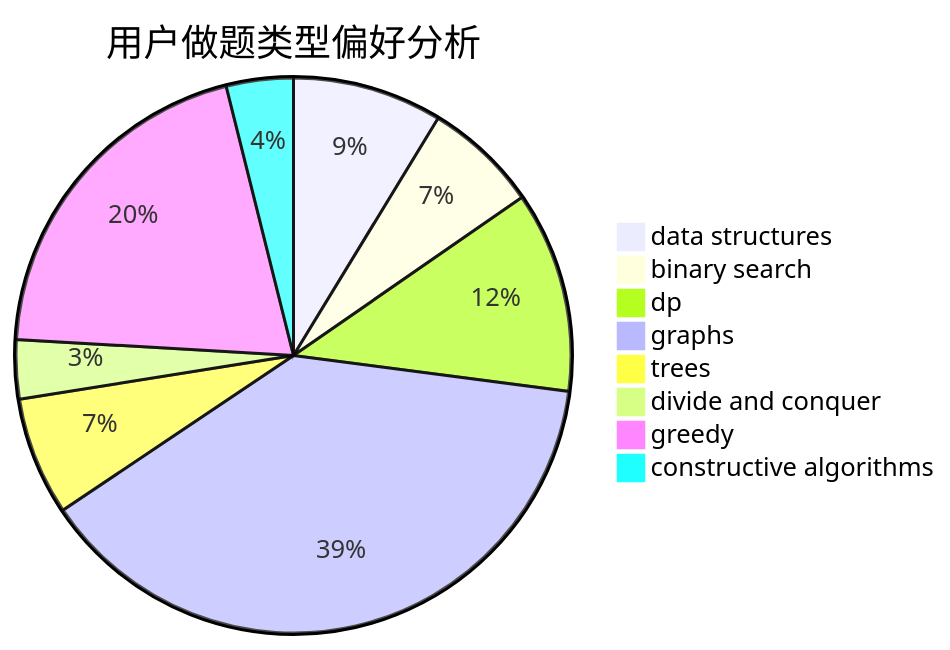
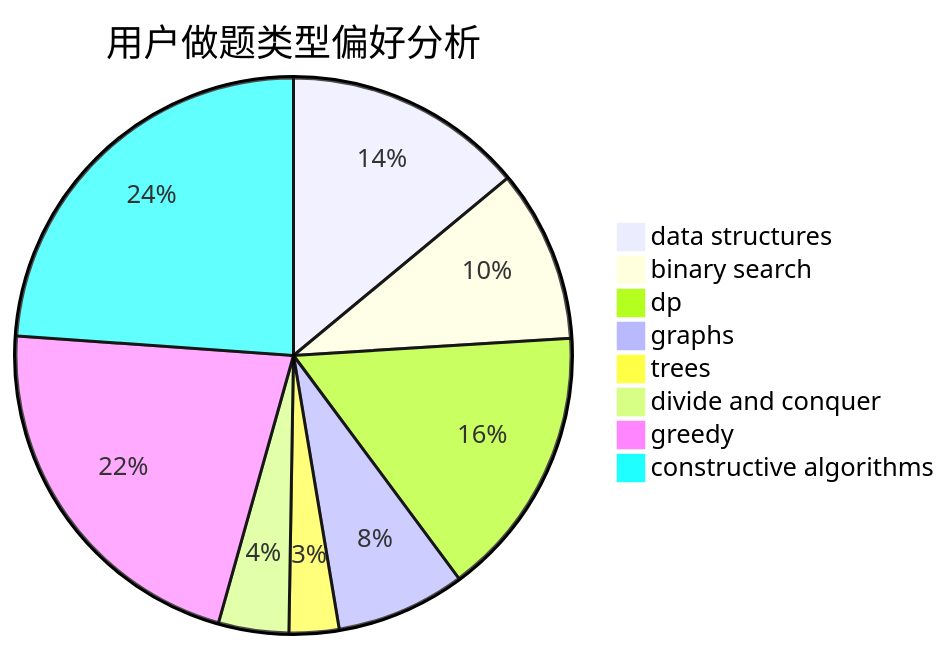
The second of 3 diagrams in docs/user/u1321.md (sherpahu/cfrs.github.io), drawn with Mermaid before and after one commit. The commit also changed other lines of this file and 2770 other files, not shown here.

````diff
--- a/docs/user/u1321.md
+++ b/docs/user/u1321.md
@@ -23,11 +23,11 @@
 ```mermaid
 pie title 用户做题类型偏好分析
-    "data structures" :  38
-    "binary search" :  29
-    "dp" :  51
-    "graphs" :  168
-    "trees" :  30
-    "divide and conquer" :  15
-    "greedy" :  88
-    "constructive algorithms" :  17
+    "data structures" :  106
+    "binary search" :  76
+    "dp" :  120
+    "graphs" :  57
+    "trees" :  22
+    "divide and conquer" :  31
+    "greedy" :  165
+    "constructive algorithms" :  181
 ```
````
